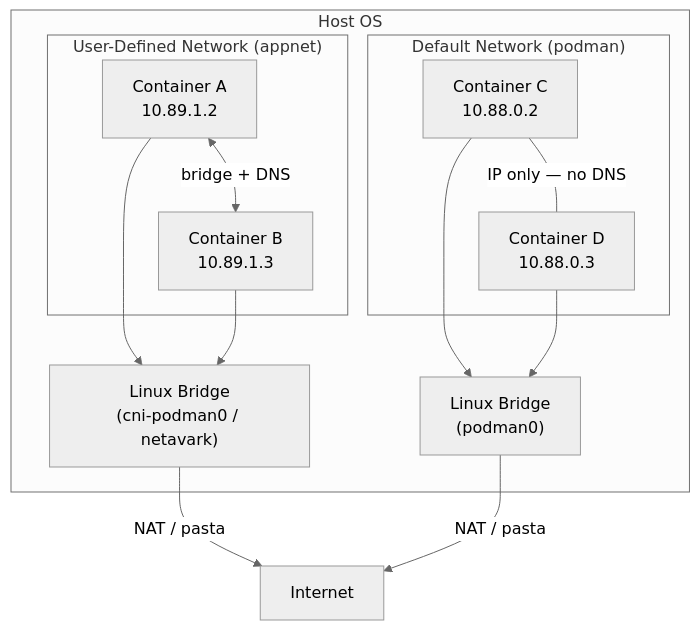
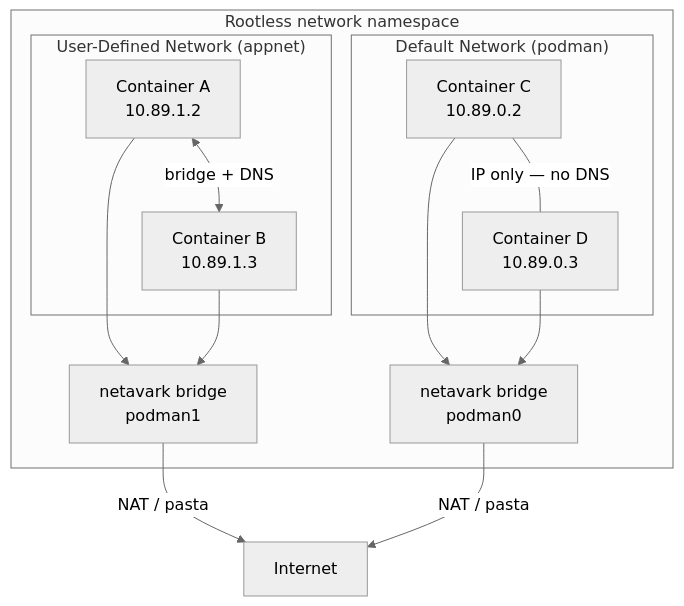
The first of 5 diagrams in modules/06-networking.md (UncleJS/course_podman), drawn with Mermaid (neutral theme) before and after one commit. The commit also changed other lines of this file and 58 other files, not shown here.

````diff
--- a/modules/06-networking.md
+++ b/modules/06-networking.md
@@ -77,19 +77,19 @@
 ```mermaid
 flowchart TD
-    subgraph "Host OS"
+    subgraph "Rootless network namespace"
         subgraph "User-Defined Network (appnet)"
             A["Container A<br/>10.89.1.2"] <-->|"bridge + DNS"| B["Container B<br/>10.89.1.3"]
         end
         subgraph "Default Network (podman)"
-            C["Container C<br/>10.88.0.2"] ---|"IP only — no DNS"| D["Container D<br/>10.88.0.3"]
+            C["Container C<br/>10.89.0.2"] ---|"IP only — no DNS"| D["Container D<br/>10.89.0.3"]
         end
-        BR1["Linux Bridge<br/>(cni-podman0 / netavark)"]
-        BR2["Linux Bridge<br/>(podman0)"]
+        BR1["netavark bridge<br/>podman1"]
+        BR2["netavark bridge<br/>podman0"]
     end
     A --> BR1
     B --> BR1
     C --> BR2
     D --> BR2
     BR1 -->|"NAT / pasta"| I["Internet"]
     BR2 -->|"NAT / pasta"| I
 ```
````
